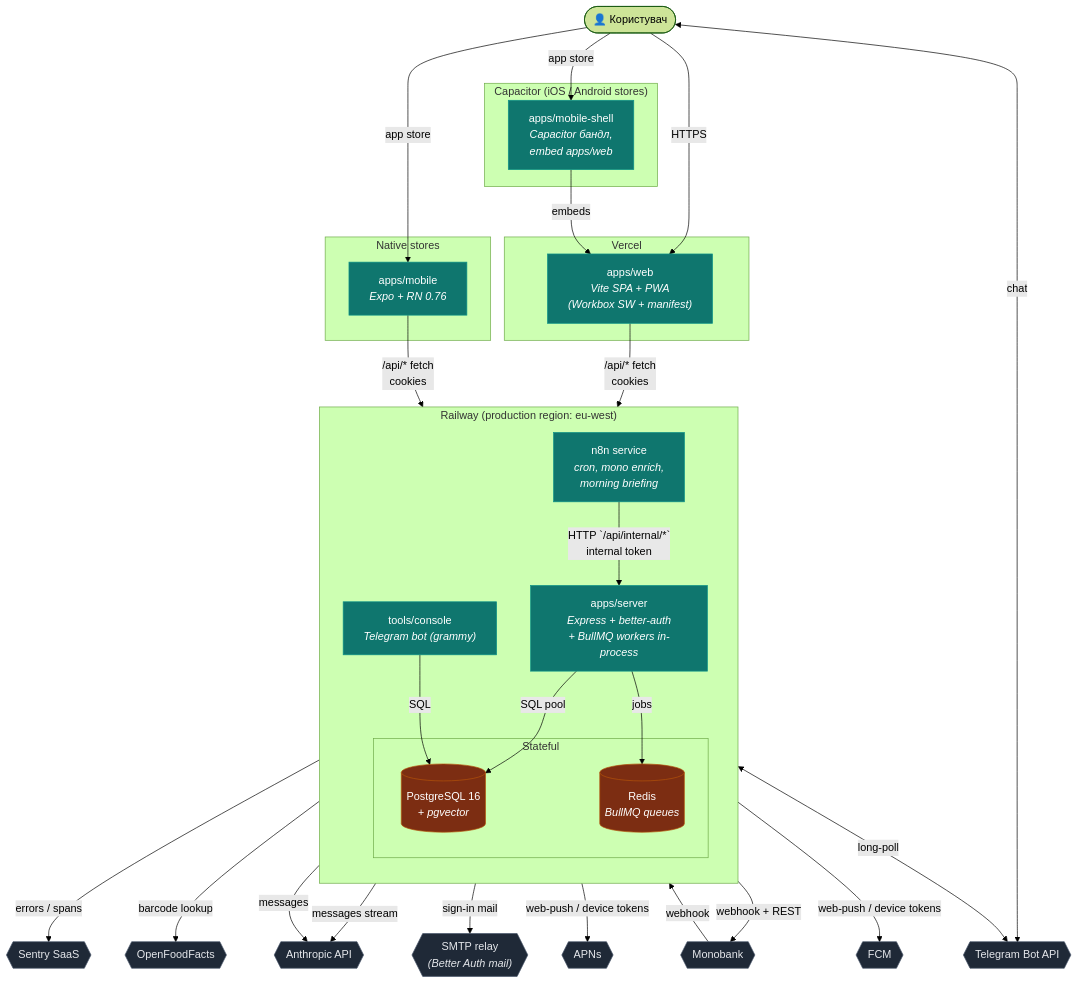
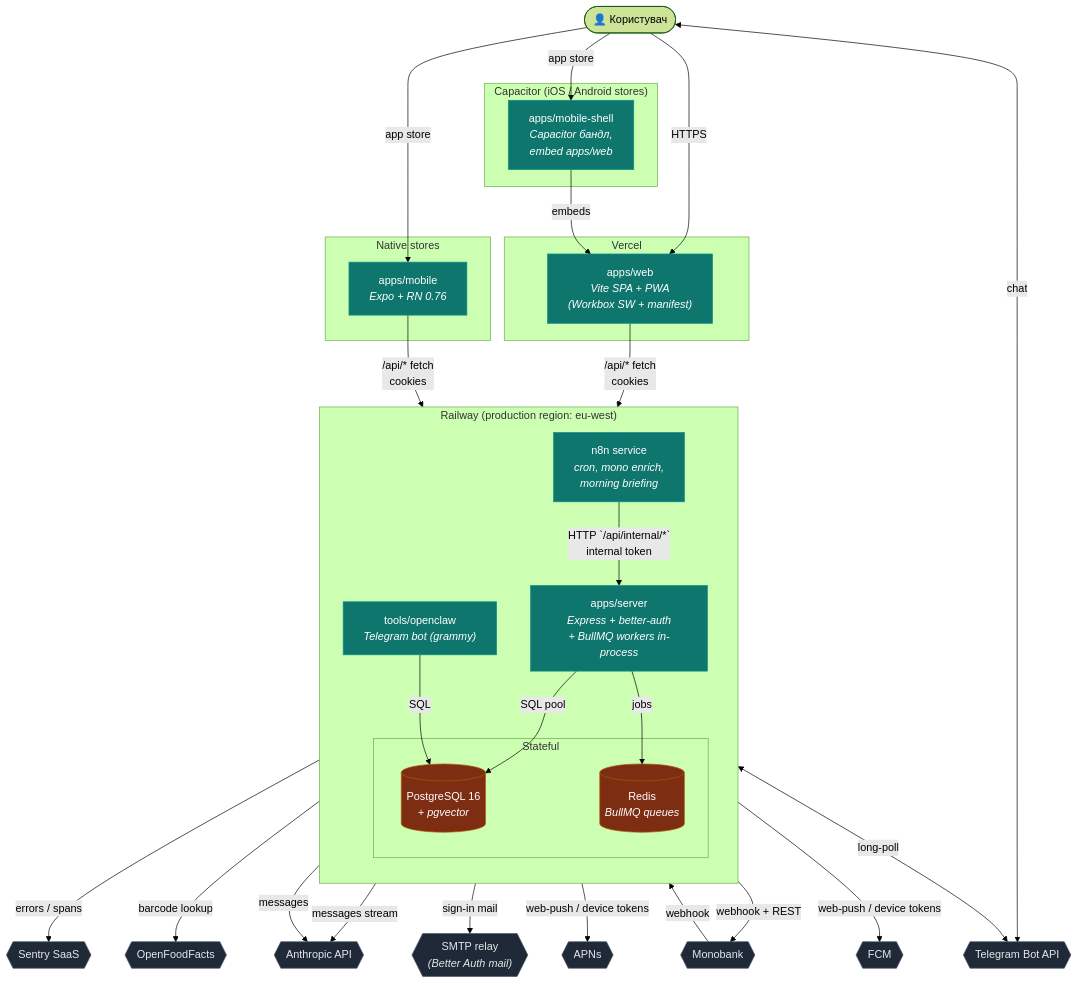
One commit to SkOrDs-02/sergeant changed the diagram in docs/architecture/diagrams/c2-containers.md. Above: the diagram before and after it, drawn with Mermaid (forest theme). The commit also changed other lines of this file and 175 other files, not shown here.

Commit message:
refactor(openclaw): rename tools/console -> tools/openclaw (PR-47 ph1) (#2573)

````diff
--- a/docs/architecture/diagrams/c2-containers.md
+++ b/docs/architecture/diagrams/c2-containers.md
@@ -8,70 +8,70 @@
 ```mermaid
 flowchart TB
     User(["👤 Користувач"])
 
     subgraph Vercel["Vercel"]
         Web["apps/web<br/><i>Vite SPA + PWA<br/>(Workbox SW + manifest)</i>"]
     end
 
     subgraph Capacitor["Capacitor (iOS / Android stores)"]
         Shell["apps/mobile-shell<br/><i>Capacitor бандл,<br/>embed apps/web</i>"]
     end
 
     subgraph Native["Native stores"]
         Mobile["apps/mobile<br/><i>Expo + RN 0.76</i>"]
     end
 
     subgraph Railway["Railway (production region: eu-west)"]
         direction TB
         Server["apps/server<br/><i>Express + better-auth<br/>+ BullMQ workers in-process</i>"]
         N8N["n8n service<br/><i>cron, mono enrich,<br/>morning briefing</i>"]
-        Console["tools/console<br/><i>Telegram bot (grammy)</i>"]
+        Console["tools/openclaw<br/><i>Telegram bot (grammy)</i>"]
 
         subgraph DB["Stateful"]
             PG[("PostgreSQL 16<br/><i>+ pgvector</i>")]
             R[("Redis<br/><i>BullMQ queues</i>")]
         end
     end
 
     Anthropic{{"Anthropic API"}}
     Sentry{{"Sentry SaaS"}}
     Mono{{"Monobank"}}
     OFF{{"OpenFoodFacts"}}
     SMTP{{"SMTP relay<br/><i>(Better Auth mail)</i>"}}
     APNs{{"APNs"}}
     FCM{{"FCM"}}
     Telegram{{"Telegram Bot API"}}
 
     User -->|HTTPS| Web
     User -->|app store| Shell
     User -->|app store| Mobile
     User <-->|chat| Telegram
 
     Web -->|/api/* fetch<br/>cookies| Server
     Mobile -->|/api/* fetch<br/>cookies| Server
     Shell -->|embeds| Web
 
     Server -->|SQL pool| PG
     Server -->|jobs| R
     Server -->|messages stream| Anthropic
     Server -->|errors / spans| Sentry
     Server -->|webhook + REST| Mono
     Server -->|barcode lookup| OFF
     Server -->|sign-in mail| SMTP
     Server -->|web-push / device tokens| APNs
     Server -->|web-push / device tokens| FCM
 
     N8N -->|HTTP `/api/internal/*`<br/>internal token| Server
     Mono -->|webhook| Server
 
     Console <-->|long-poll| Telegram
     Console -->|SQL| PG
     Console -->|messages| Anthropic
 
     classDef cont fill:#0f766e,stroke:#0d9488,color:#fff
     classDef store fill:#7c2d12,stroke:#b45309,color:#fff
     classDef ext fill:#1f2937,stroke:#475569,color:#e5e7eb
     class Web,Shell,Mobile,Server,N8N,Console cont
     class PG,R store
     class Anthropic,Sentry,Mono,OFF,SMTP,APNs,FCM,Telegram ext
 ```
````
